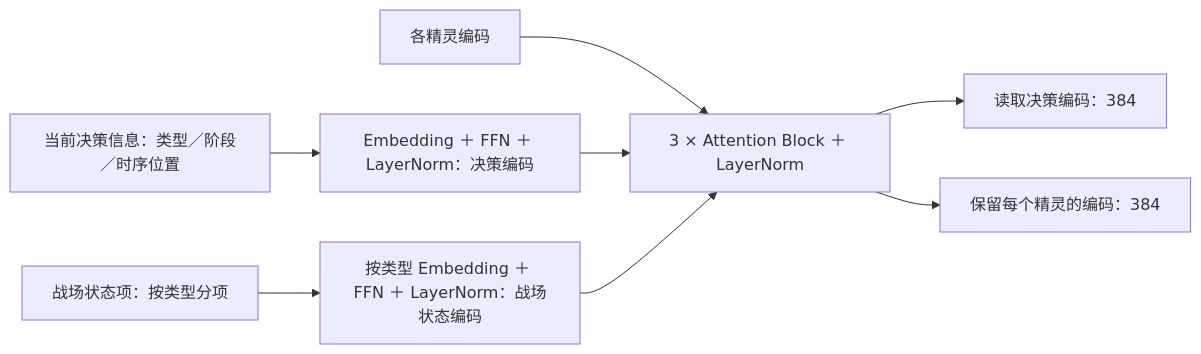
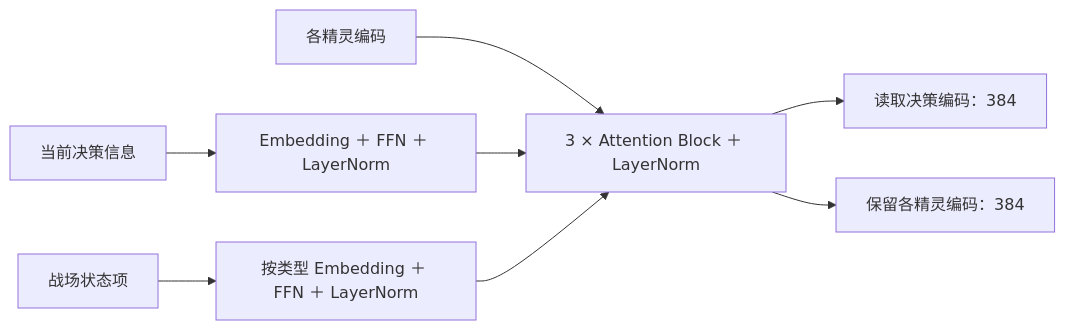
The second of 6 diagrams in MODEL_DESIGN.md (GroundbreakerLhy/Alpha-Roco), drawn with Mermaid before and after one commit. The commit also changed other lines of this file and 9 other files, not shown here.

````diff
--- a/MODEL_DESIGN.md
+++ b/MODEL_DESIGN.md
@@ -79,10 +81,10 @@
 ```mermaid
 flowchart LR
-    D["当前决策信息：类型／阶段／时序位置"] --> DE["Embedding ＋ FFN ＋ LayerNorm：决策编码"]
-    S["战场状态项：按类型分项"] --> SE["按类型 Embedding ＋ FFN ＋ LayerNorm：战场状态编码"]
+    D["当前决策信息"] --> DE["Embedding ＋ FFN ＋ LayerNorm"]
+    S["战场状态项"] --> SE["按类型 Embedding ＋ FFN ＋ LayerNorm"]
     P["各精灵编码"] --> A["3 × Attention Block ＋ LayerNorm"]
     DE --> A
     SE --> A
     A --> Q["读取决策编码：384"]
-    A --> PE["保留每个精灵的编码：384"]
+    A --> PE["保留各精灵编码：384"]
 ```
````
